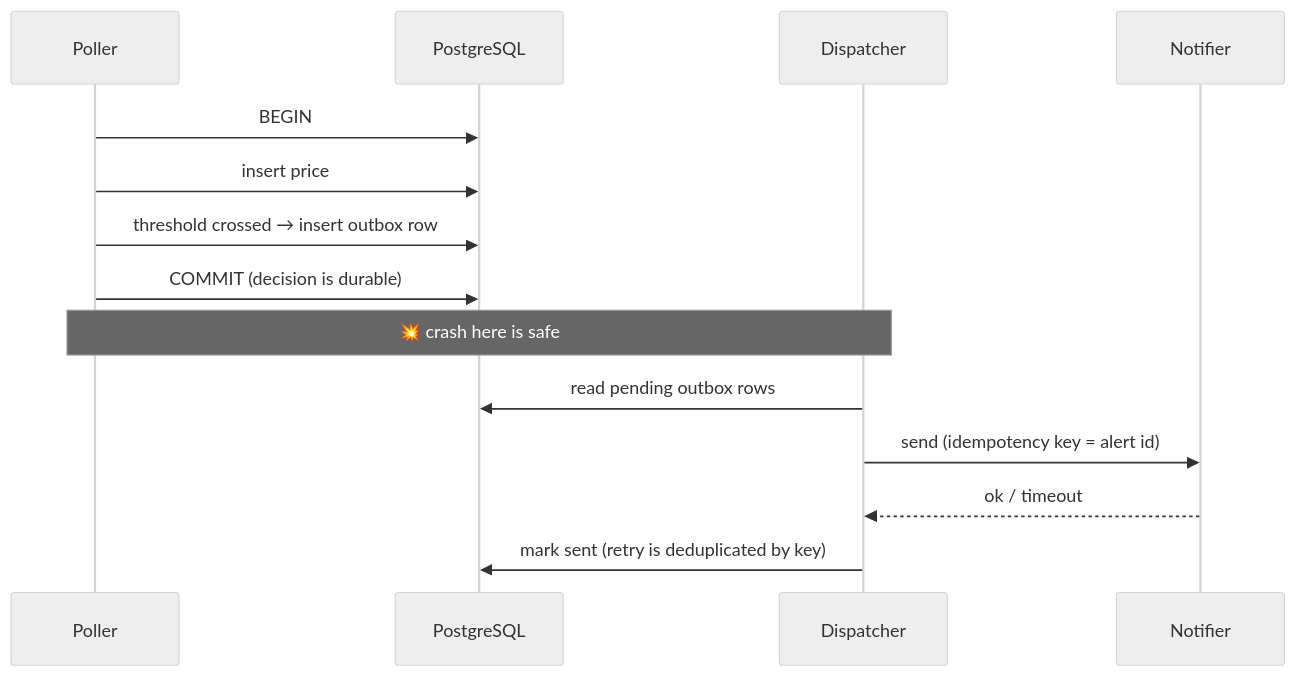
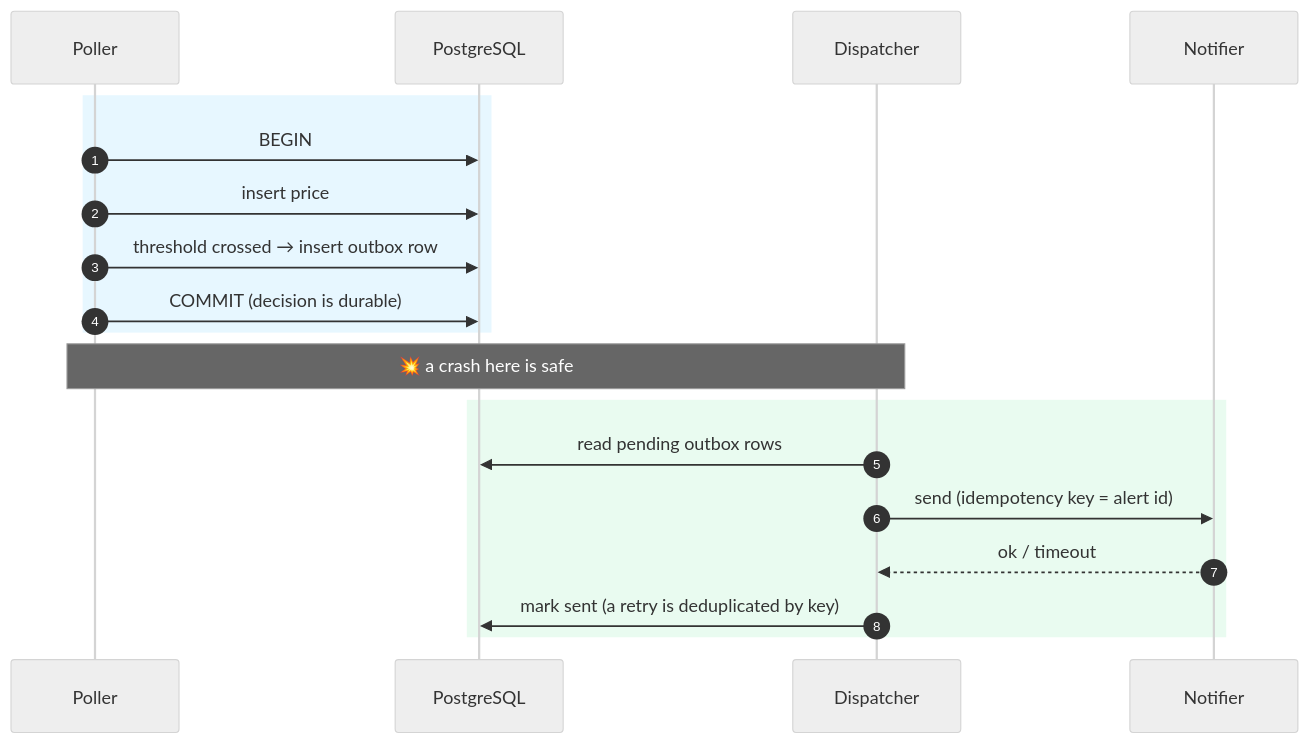
The fifth of 6 diagrams in README.md (MC-161/priceWatch), drawn with Mermaid (neutral theme) before and after one commit. The commit also changed other lines of this file and 2 other files, not shown here.

````diff
--- a/README.md
+++ b/README.md
@@ -103,16 +246,21 @@
 ```mermaid
 sequenceDiagram
+    autonumber
     participant W as Poller
     participant DB as PostgreSQL
     participant D as Dispatcher
     participant N as Notifier
+    rect rgba(56, 189, 248, 0.12)
     W->>DB: BEGIN
     W->>DB: insert price
     W->>DB: threshold crossed → insert outbox row
     W->>DB: COMMIT (decision is durable)
-    Note over W,D: 💥 crash here is safe
+    end
+    Note over W,D: 💥 a crash here is safe
+    rect rgba(74, 222, 128, 0.12)
     D->>DB: read pending outbox rows
     D->>N: send (idempotency key = alert id)
     N-->>D: ok / timeout
-    D->>DB: mark sent (retry is deduplicated by key)
+    D->>DB: mark sent (a retry is deduplicated by key)
+    end
 ```
````
